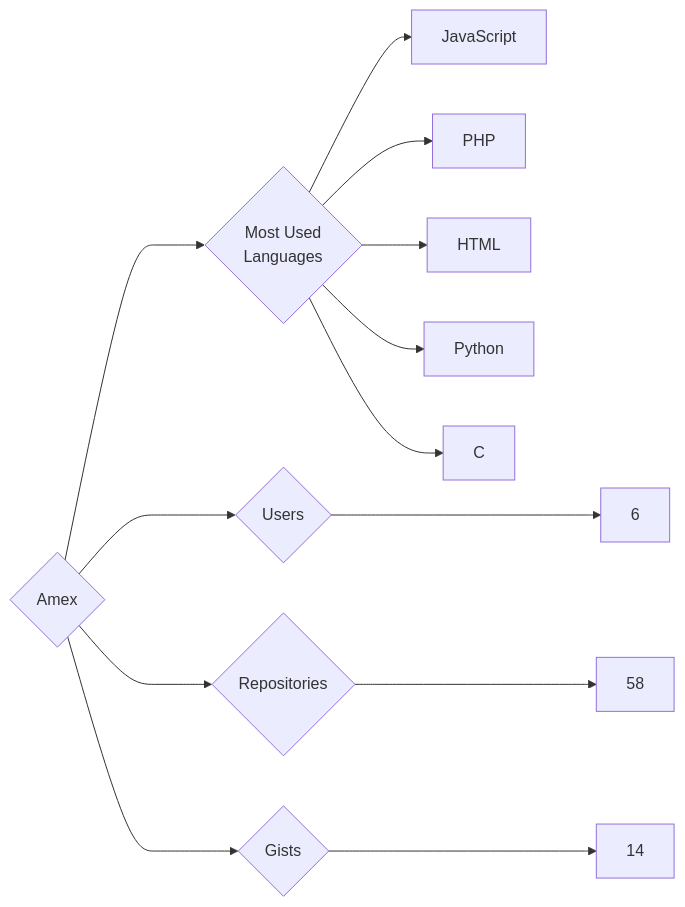
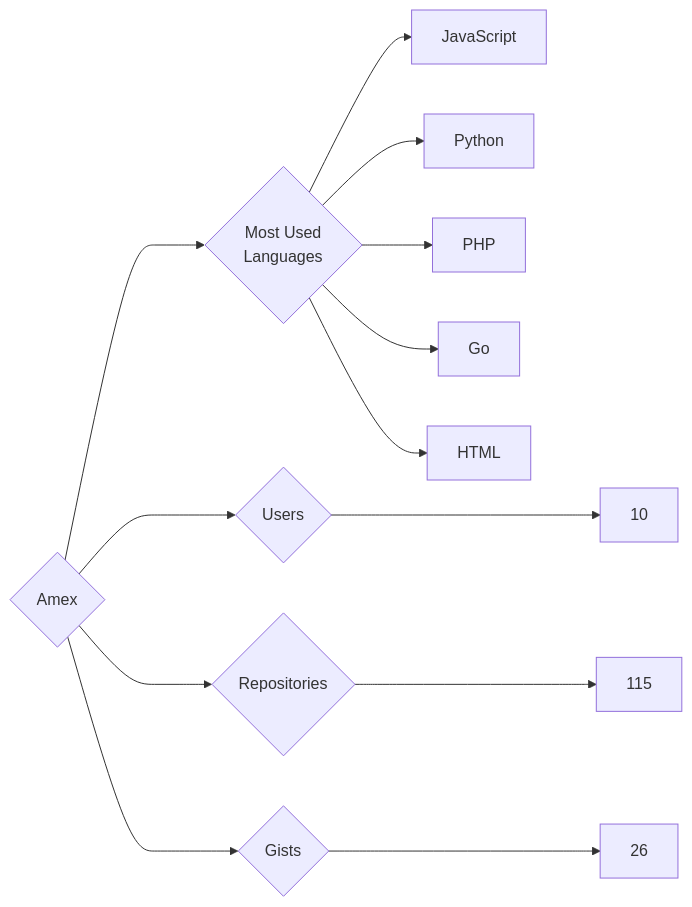
The diagram in targets/Amex/README.md (trickest/insiders), drawn with Mermaid before and after one commit. The commit also changed 1088 other files, not shown here.

````diff
--- a/targets/Amex/README.md
+++ b/targets/Amex/README.md
@@ -3,13 +3,13 @@
 ```mermaid
 graph LR
 COMPANY_NAME{Amex}
-COMPANY_NAME ---> U{Users} ---> UN[6]
-COMPANY_NAME ---> R{Repositories} ---> RN[58]
-COMPANY_NAME ---> G{Gists} ---> GN[14]
+COMPANY_NAME ---> U{Users} ---> UN[10]
+COMPANY_NAME ---> R{Repositories} ---> RN[115]
+COMPANY_NAME ---> G{Gists} ---> GN[26]
 COMPANY_NAME ---> ML{Most Used<br>Languages}
 ML --> JavaScript[JavaScript]
+ML --> Python[Python]
 ML --> PHP[PHP]
+ML --> Go[Go]
 ML --> HTML[HTML]
-ML --> Python[Python]
-ML --> C[C]
 ```
````
